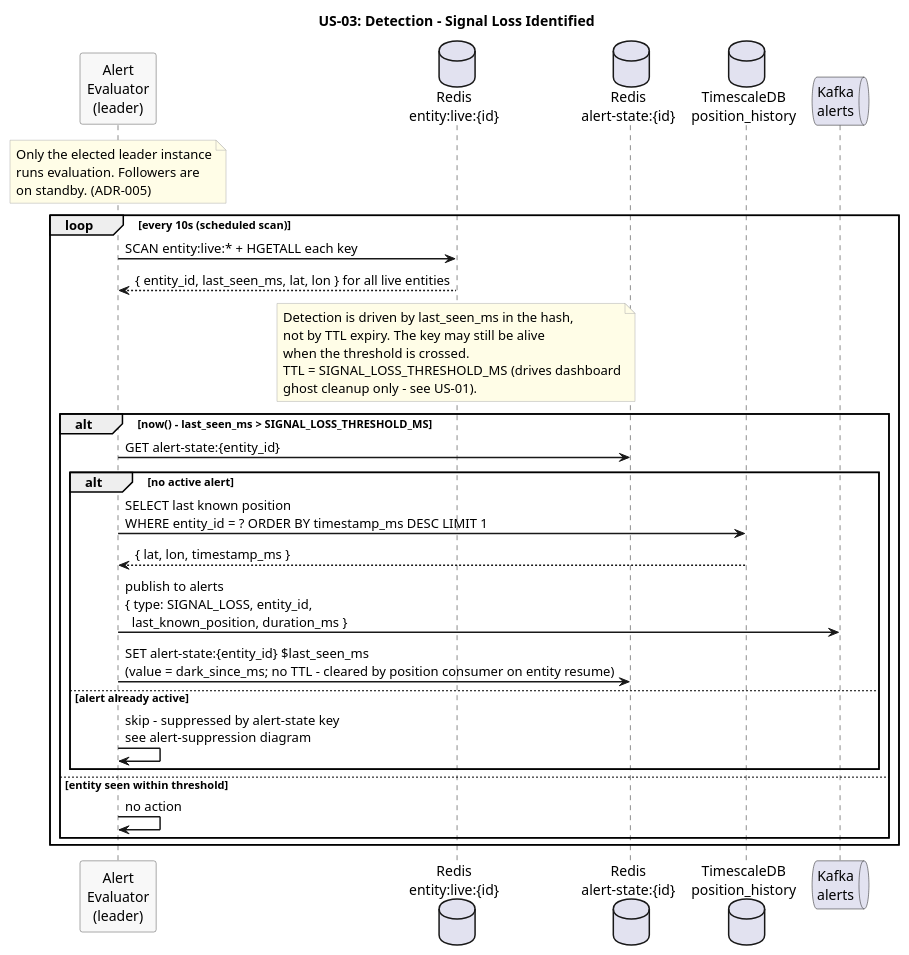
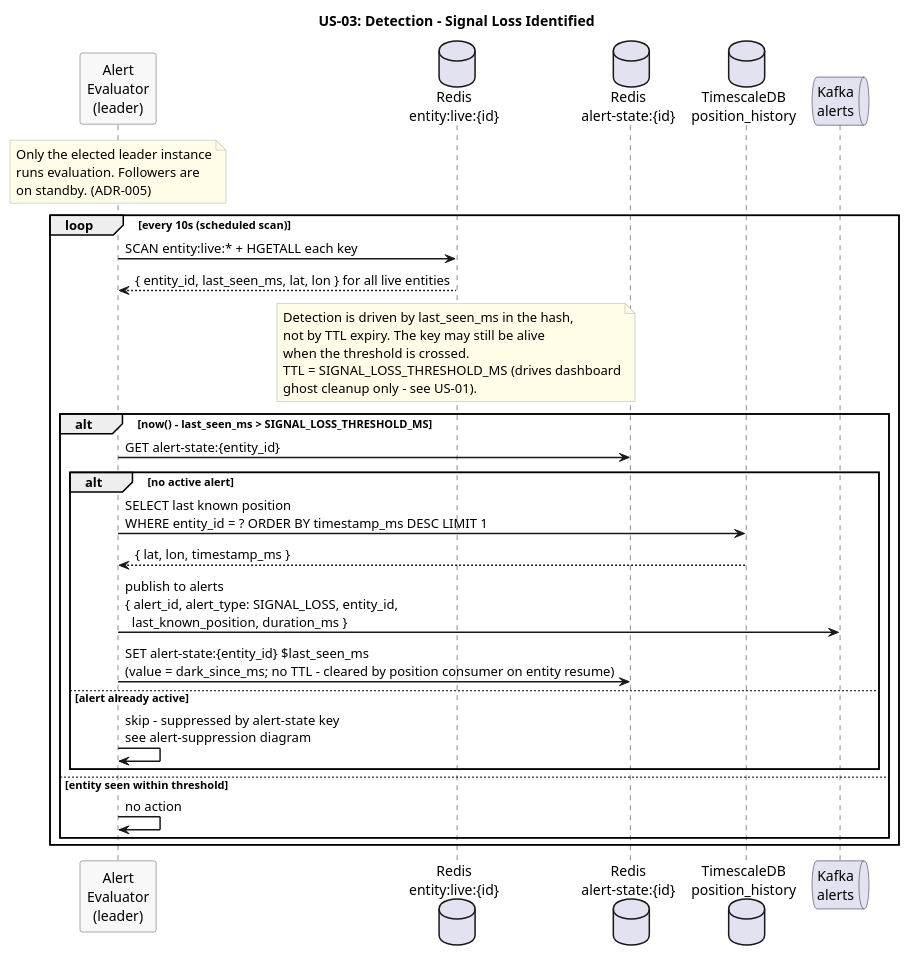
The diagram in docs/use-cases/US-03-signal-loss-alert/detection.puml (Buffden/sentinel), drawn with PlantUML before and after one commit. The commit also changed 6 other files, not shown here.

First line of the commit message:
docs: fix field name inconsistencies across architecture docs and PUMLs

```diff
--- a/docs/use-cases/US-03-signal-loss-alert/detection.puml
+++ b/docs/use-cases/US-03-signal-loss-alert/detection.puml
@@ -1,53 +1,53 @@
 @startuml detection
 title US-03: Detection - Signal Loss Identified
 
 skinparam sequenceArrowThickness 1.5
 skinparam participantBorderColor #555555
 skinparam participantBackgroundColor #F8F8F8
 skinparam noteBorderColor #AAAAAA
 skinparam noteBackgroundColor #FFFDE7
 
 participant "Alert\nEvaluator\n(leader)" as Evaluator
 database "Redis\nentity:live:{id}" as Redis
 database "Redis\nalert-state:{id}" as AlertState
 database "TimescaleDB\nposition_history" as TSDB
 queue "Kafka\nalerts" as Kafka
 
 note over Evaluator
   Only the elected leader instance
   runs evaluation. Followers are
   on standby. (ADR-005)
 end note
 
 loop every 10s (scheduled scan)
   Evaluator -> Redis : SCAN entity:live:* + HGETALL each key
   Redis --> Evaluator : { entity_id, last_seen_ms, lat, lon } for all live entities
 
   note over Redis
     Detection is driven by last_seen_ms in the hash,
     not by TTL expiry. The key may still be alive
     when the threshold is crossed.
     TTL = SIGNAL_LOSS_THRESHOLD_MS (drives dashboard
     ghost cleanup only - see US-01).
   end note
 
   alt now() - last_seen_ms > SIGNAL_LOSS_THRESHOLD_MS
     Evaluator -> AlertState : GET alert-state:{entity_id}
 
     alt no active alert
       Evaluator -> TSDB : SELECT last known position\nWHERE entity_id = ? ORDER BY timestamp_ms DESC LIMIT 1
       TSDB --> Evaluator : { lat, lon, timestamp_ms }
 
-      Evaluator -> Kafka : publish to alerts\n{ type: SIGNAL_LOSS, entity_id,\n  last_known_position, duration_ms }
+      Evaluator -> Kafka : publish to alerts\n{ alert_id, alert_type: SIGNAL_LOSS, entity_id,\n  last_known_position, duration_ms }
       Evaluator -> AlertState : SET alert-state:{entity_id} $last_seen_ms\n(value = dark_since_ms; no TTL - cleared by position consumer on entity resume)
 
     else alert already active
       Evaluator -> Evaluator : skip - suppressed by alert-state key\nsee alert-suppression diagram
     end
 
   else entity seen within threshold
     Evaluator -> Evaluator : no action
   end
 end
 
 @enduml
```
